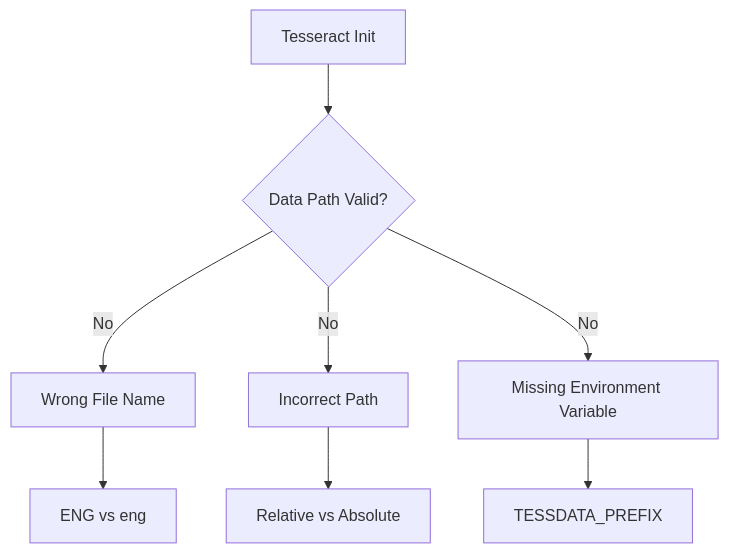
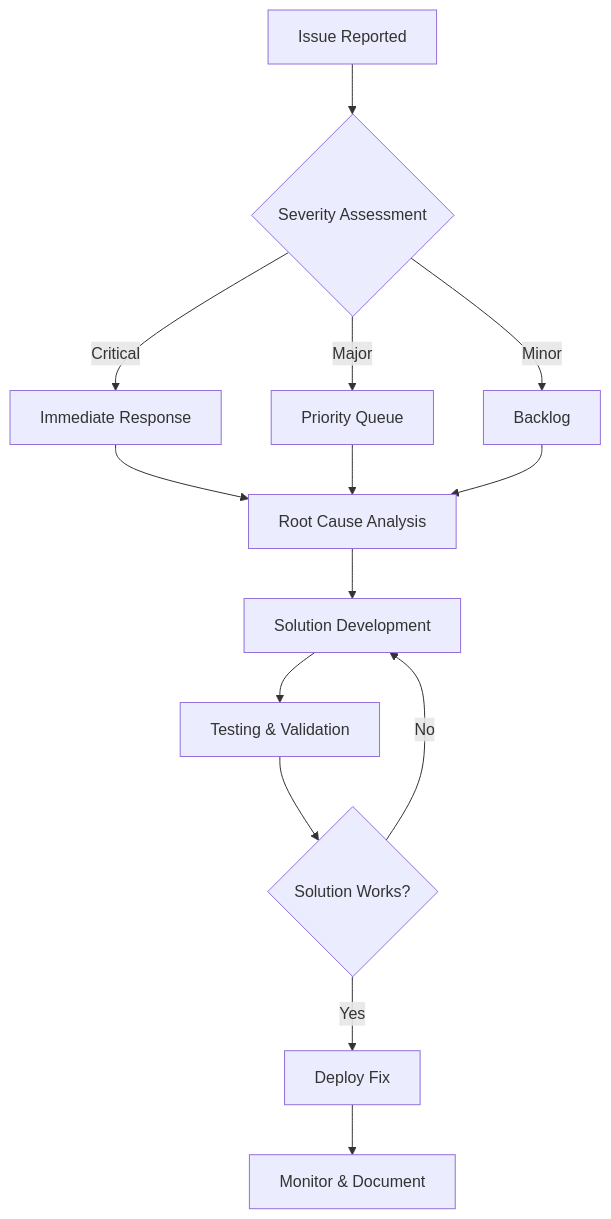
Before and after one commit to md4nas/yt-OCR-extension: the third of 7 diagrams in yt-ocr-backend/ISSUES.md, drawn with Mermaid. The commit also changed other lines of this file and 6 other files, not shown here.

````diff
--- a/yt-ocr-backend/ISSUES.md
+++ b/yt-ocr-backend/ISSUES.md
@@ -126,10 +256,18 @@
 ```mermaid
 flowchart TD
-    A[Tesseract Init] --> B{Data Path Valid?}
-    B -->|No| C[Wrong File Name]
-    B -->|No| D[Incorrect Path]
-    B -->|No| E[Missing Environment Variable]
-    C --> F[ENG vs eng]
-    D --> G[Relative vs Absolute]
-    E --> H[TESSDATA_PREFIX]
+    A[Issue Reported] --> B{Severity Assessment}
+    B -->|Critical| C[Immediate Response]
+    B -->|Major| D[Priority Queue]
+    B -->|Minor| E[Backlog]
+    
+    C --> F[Root Cause Analysis]
+    D --> F
+    E --> F
+    
+    F --> G[Solution Development]
+    G --> H[Testing & Validation]
+    H --> I{Solution Works?}
+    I -->|Yes| J[Deploy Fix]
+    I -->|No| G
+    J --> K[Monitor & Document]
 ```
````
